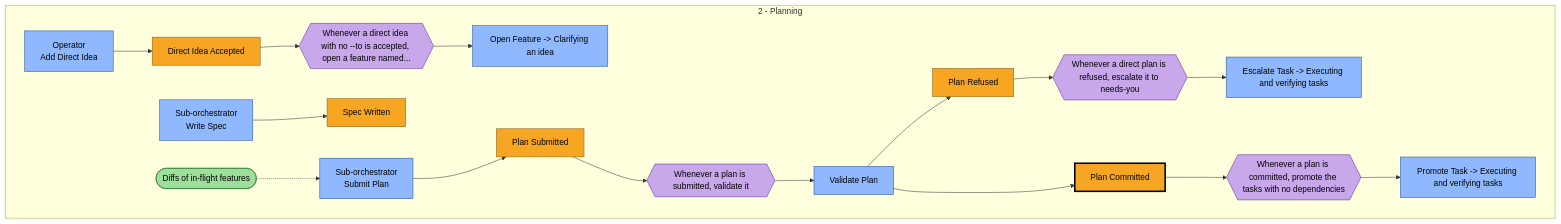
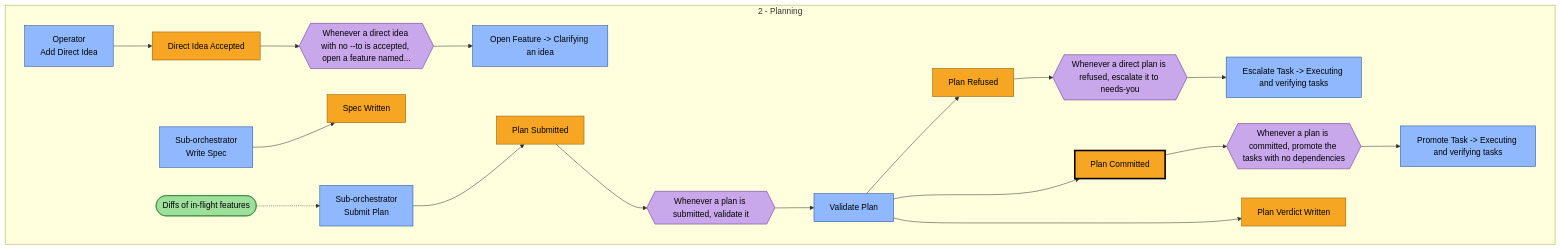
One commit to MattMakes/multi-herdr changed the second of 6 diagrams in ddd/02-discover/event-storm.md. Above: the diagram before and after it, drawn with Mermaid. The commit also changed other lines of this file and 37 other files, not shown here.

````diff
--- a/ddd/02-discover/event-storm.md
+++ b/ddd/02-discover/event-storm.md
@@ -169,48 +170,51 @@
 ```mermaid
 flowchart LR
   classDef event fill:#F6A623,stroke:#8A5A00,color:#000
   classDef pivotal fill:#F6A623,stroke:#000,stroke-width:3px,color:#000
   classDef command fill:#8FB8FF,stroke:#1F4E9C,color:#000
   classDef policy fill:#C9A7EB,stroke:#5B2D8E,color:#000
   classDef readmodel fill:#9EDF9C,stroke:#2E7D32,color:#000
   classDef hotspot fill:#FF3B8D,stroke:#8B0040,color:#fff
   classDef external fill:#F8C6DF,stroke:#A3325F,color:#000
   subgraph ph_planning["2 - Planning"]
     direction LR
     e_direct_idea_accepted["Direct Idea Accepted"]:::event
     c_add_direct_idea["Operator<br/>Add Direct Idea"]:::command
     p_open_feature_on_direct{{"Whenever a direct idea with no --to is accepted, open a feature named..."}}:::policy
     stub_open_feature["Open Feature -> Clarifying an idea"]:::command
     e_spec_written["Spec Written"]:::event
     c_write_spec["Sub-orchestrator<br/>Write Spec"]:::command
     e_plan_submitted["Plan Submitted"]:::event
     c_submit_plan["Sub-orchestrator<br/>Submit Plan"]:::command
     r_in_flight_diffs(["Diffs of in-flight features"]):::readmodel
     p_validate_on_plan_submitted{{"Whenever a plan is submitted, validate it"}}:::policy
     e_plan_refused["Plan Refused"]:::event
     c_validate_plan["Validate Plan"]:::command
     p_escalate_on_plan_refused{{"Whenever a direct plan is refused, escalate it to needs-you"}}:::policy
     stub_escalate_task["Escalate Task -> Executing and verifying tasks"]:::command
     e_plan_committed["Plan Committed"]:::pivotal
     p_promote_on_plan_committed{{"Whenever a plan is committed, promote the tasks with no dependencies"}}:::policy
     stub_promote_task["Promote Task -> Executing and verifying tasks"]:::command
+    e_plan_verdict_written["Plan Verdict Written"]:::event
   end
   c_add_direct_idea --> e_direct_idea_accepted
   e_direct_idea_accepted --> p_open_feature_on_direct
   p_open_feature_on_direct --> stub_open_feature
   e_direct_idea_accepted ~~~ e_spec_written
   c_write_spec --> e_spec_written
   e_spec_written ~~~ e_plan_submitted
   r_in_flight_diffs -.-> c_submit_plan
   c_submit_plan --> e_plan_submitted
   e_plan_submitted --> p_validate_on_plan_submitted
   p_validate_on_plan_submitted --> c_validate_plan
   e_plan_submitted ~~~ e_plan_refused
   c_validate_plan --> e_plan_refused
   e_plan_refused --> p_escalate_on_plan_refused
   p_escalate_on_plan_refused --> stub_escalate_task
   e_plan_refused ~~~ e_plan_committed
   c_validate_plan --> e_plan_committed
   e_plan_committed --> p_promote_on_plan_committed
   p_promote_on_plan_committed --> stub_promote_task
+  e_plan_committed ~~~ e_plan_verdict_written
+  c_validate_plan --> e_plan_verdict_written
 ```
````
